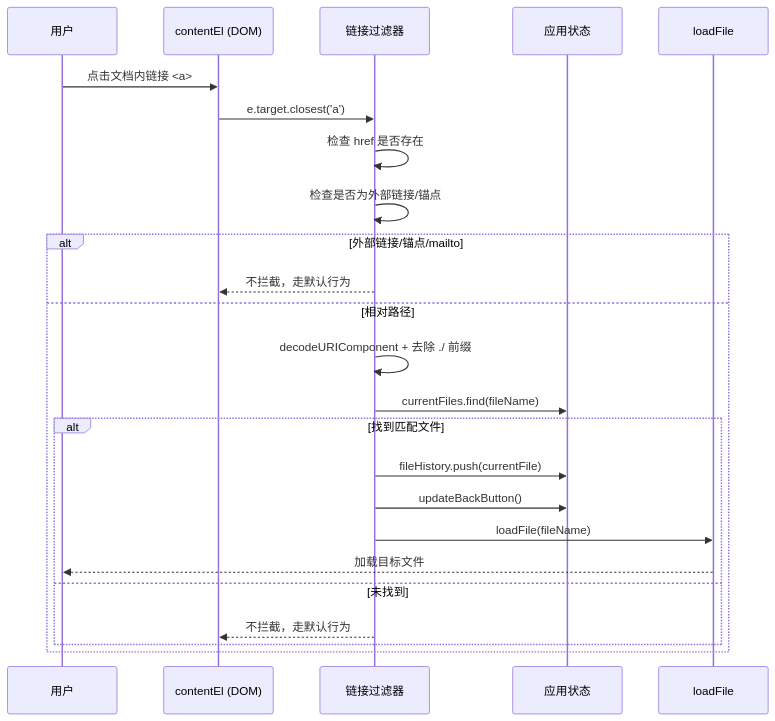
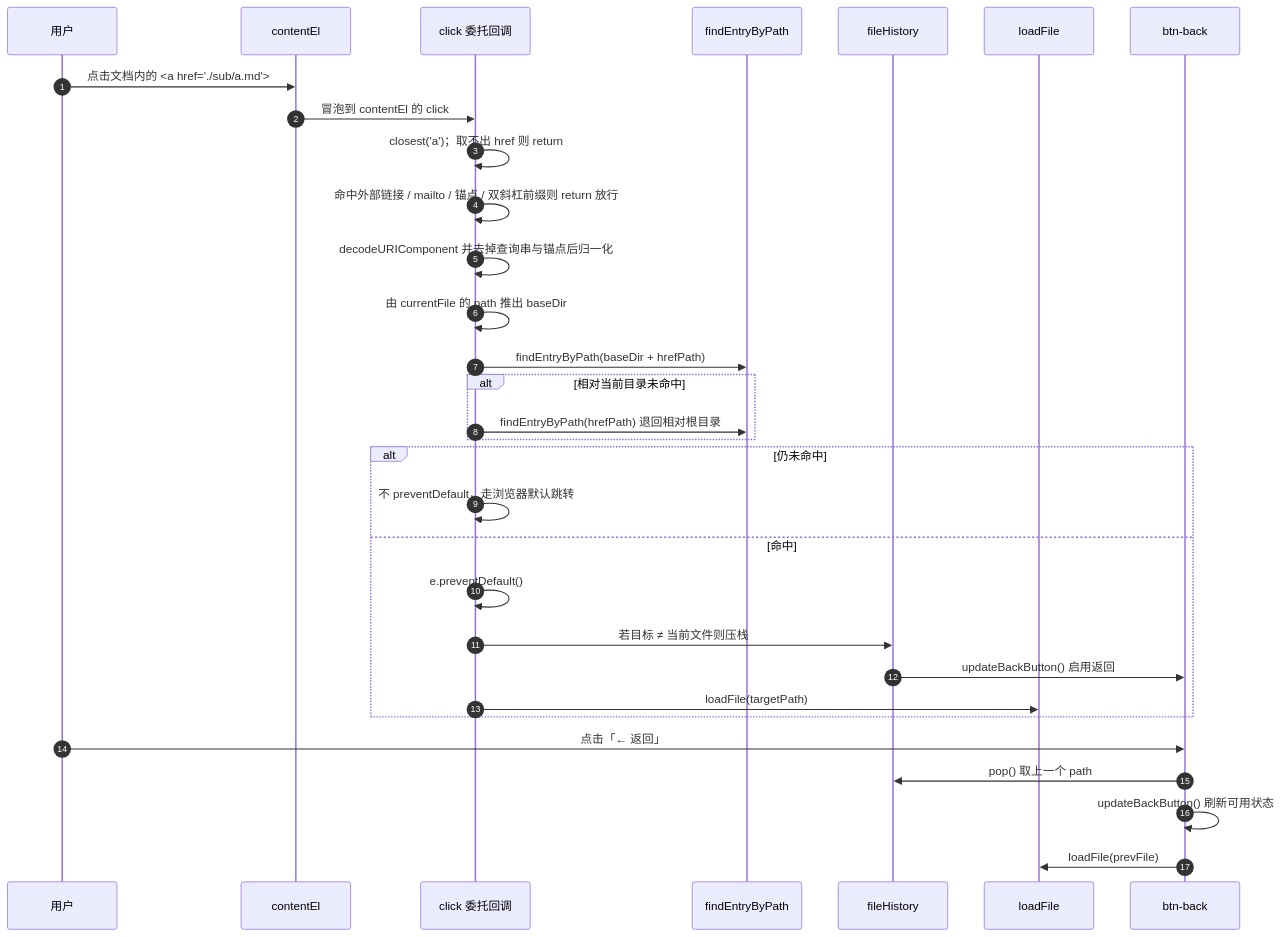
Before and after one commit to Leo-H-W/LightMDKit: diagram 12 of 19 in doc/kb/业务知识库/业务流程详解.md, drawn with Mermaid. The commit also changed other lines of this file and 13 other files, not shown here.

````diff
--- a/doc/kb/业务知识库/业务流程详解.md
+++ b/doc/kb/业务知识库/业务流程详解.md
@@ -493,27 +1761,34 @@
 ```mermaid
 sequenceDiagram
+    autonumber
     participant U as 用户
-    participant DOM as contentEl (DOM)
-    participant Filter as 链接过滤器
-    participant State as 应用状态
-    participant Loader as loadFile
+    participant CE as contentEl
+    participant CK as click 委托回调
+    participant FE as findEntryByPath
+    participant HB as fileHistory
+    participant LF as loadFile
+    participant BB as btn-back
 
-    U->>DOM: 点击文档内链接 <a>
-    DOM->>Filter: e.target.closest('a')
-    Filter->>Filter: 检查 href 是否存在
-    Filter->>Filter: 检查是否为外部链接/锚点
-    alt 外部链接/锚点/mailto
-        Filter-->>DOM: 不拦截，走默认行为
-    else 相对路径
-        Filter->>Filter: decodeURIComponent + 去除 ./ 前缀
-        Filter->>State: currentFiles.find(fileName)
-        alt 找到匹配文件
-            Filter->>State: fileHistory.push(currentFile)
-            Filter->>State: updateBackButton()
-            Filter->>Loader: loadFile(fileName)
-            Loader-->>U: 加载目标文件
-        else 未找到
-            Filter-->>DOM: 不拦截，走默认行为
-        end
+    U->>CE: 点击文档内的 <a href="./sub/a.md">
+    CE->>CK: 冒泡到 contentEl 的 click
+    CK->>CK: closest('a')；取不出 href 则 return
+    CK->>CK: 命中外部链接 / mailto / 锚点 / 双斜杠前缀则 return 放行
+    CK->>CK: decodeURIComponent 并去掉查询串与锚点后归一化
+    CK->>CK: 由 currentFile 的 path 推出 baseDir
+    CK->>FE: findEntryByPath(baseDir + hrefPath)
+    alt 相对当前目录未命中
+        CK->>FE: findEntryByPath(hrefPath) 退回相对根目录
     end
+    alt 仍未命中
+        CK->>CK: 不 preventDefault，走浏览器默认跳转
+    else 命中
+        CK->>CK: e.preventDefault()
+        CK->>HB: 若目标 ≠ 当前文件则压栈
+        HB->>BB: updateBackButton() 启用返回
+        CK->>LF: loadFile(targetPath)
+    end
+    U->>BB: 点击「← 返回」
+    BB->>HB: pop() 取上一个 path
+    BB->>BB: updateBackButton() 刷新可用状态
+    BB->>LF: loadFile(prevFile)
 ```
````
